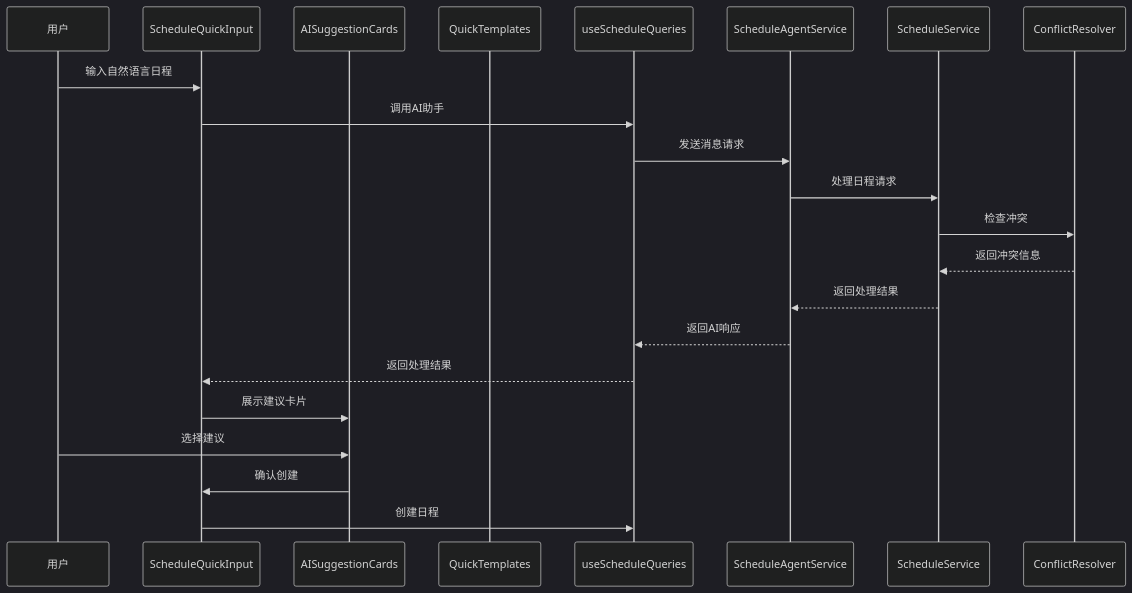
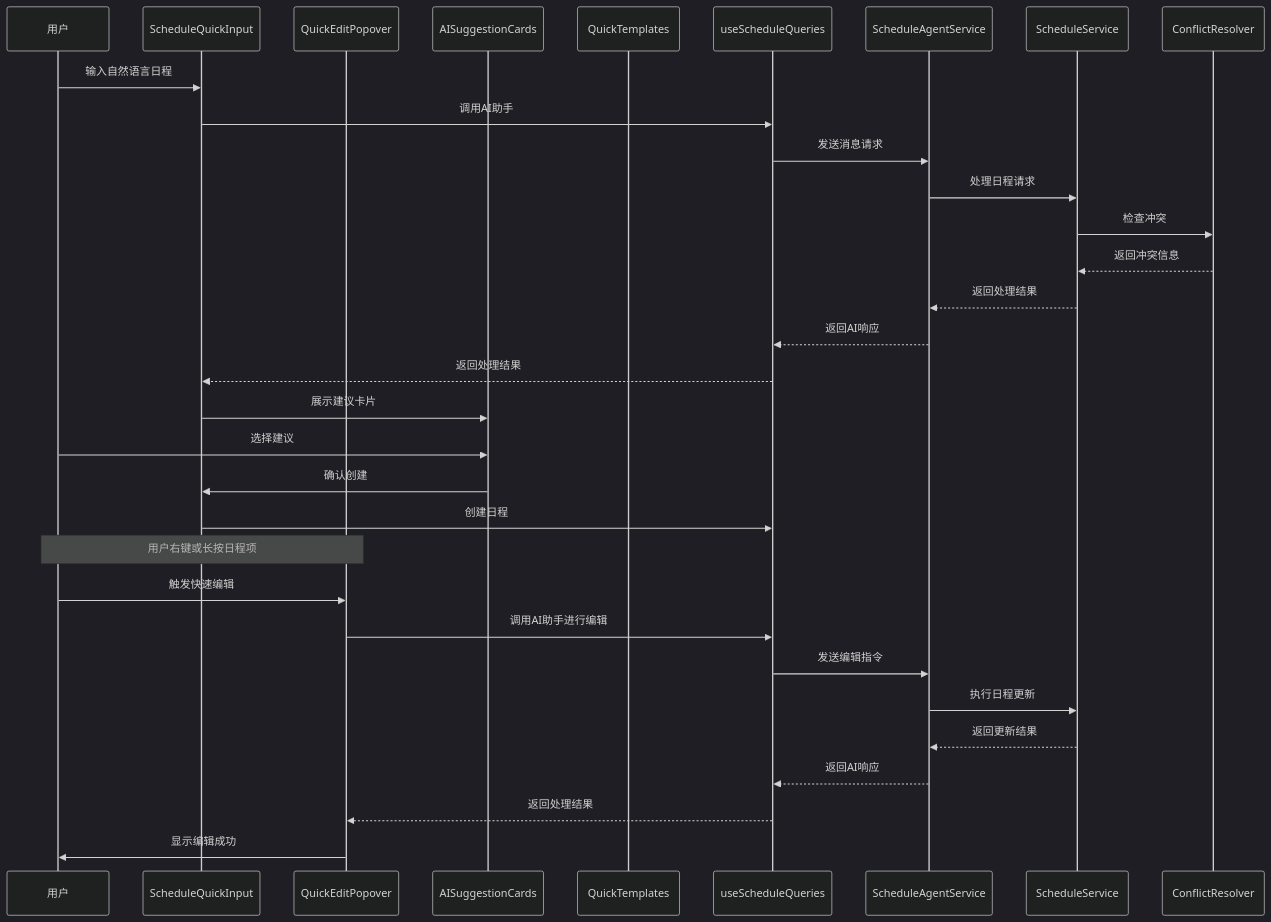
Before and after one commit to hrygo/memos: the second of 15 diagrams in .qoder/repowiki/zh/content/UI 组件库/专用功能组件/日程快速输入组件.md, drawn with Mermaid (dark theme). The commit also changed other lines of this file and 29 other files, not shown here.

````diff
--- a/.qoder/repowiki/zh/content/UI 组件库/专用功能组件/日程快速输入组件.md
+++ b/.qoder/repowiki/zh/content/UI 组件库/专用功能组件/日程快速输入组件.md
@@ -95,24 +111,34 @@
 ```mermaid
 sequenceDiagram
 participant U as 用户
 participant SQI as ScheduleQuickInput
+participant QEP as QuickEditPopover
 participant ASC as AISuggestionCards
 participant QTD as QuickTemplates
 participant USQ as useScheduleQueries
 participant SAG as ScheduleAgentService
 participant SS as ScheduleService
 participant CR as ConflictResolver
 U->>SQI : 输入自然语言日程
 SQI->>USQ : 调用AI助手
 USQ->>SAG : 发送消息请求
 SAG->>SS : 处理日程请求
 SS->>CR : 检查冲突
 CR-->>SS : 返回冲突信息
 SS-->>SAG : 返回处理结果
 SAG-->>USQ : 返回AI响应
 USQ-->>SQI : 返回处理结果
 SQI->>ASC : 展示建议卡片
 U->>ASC : 选择建议
 ASC->>SQI : 确认创建
 SQI->>USQ : 创建日程
+Note over U,QEP : 用户右键或长按日程项
+U->>QEP : 触发快速编辑
+QEP->>USQ : 调用AI助手进行编辑
+USQ->>SAG : 发送编辑指令
+SAG->>SS : 执行日程更新
+SS-->>SAG : 返回更新结果
+SAG-->>USQ : 返回AI响应
+USQ-->>QEP : 返回处理结果
+QEP->>U : 显示编辑成功
 ```
````
